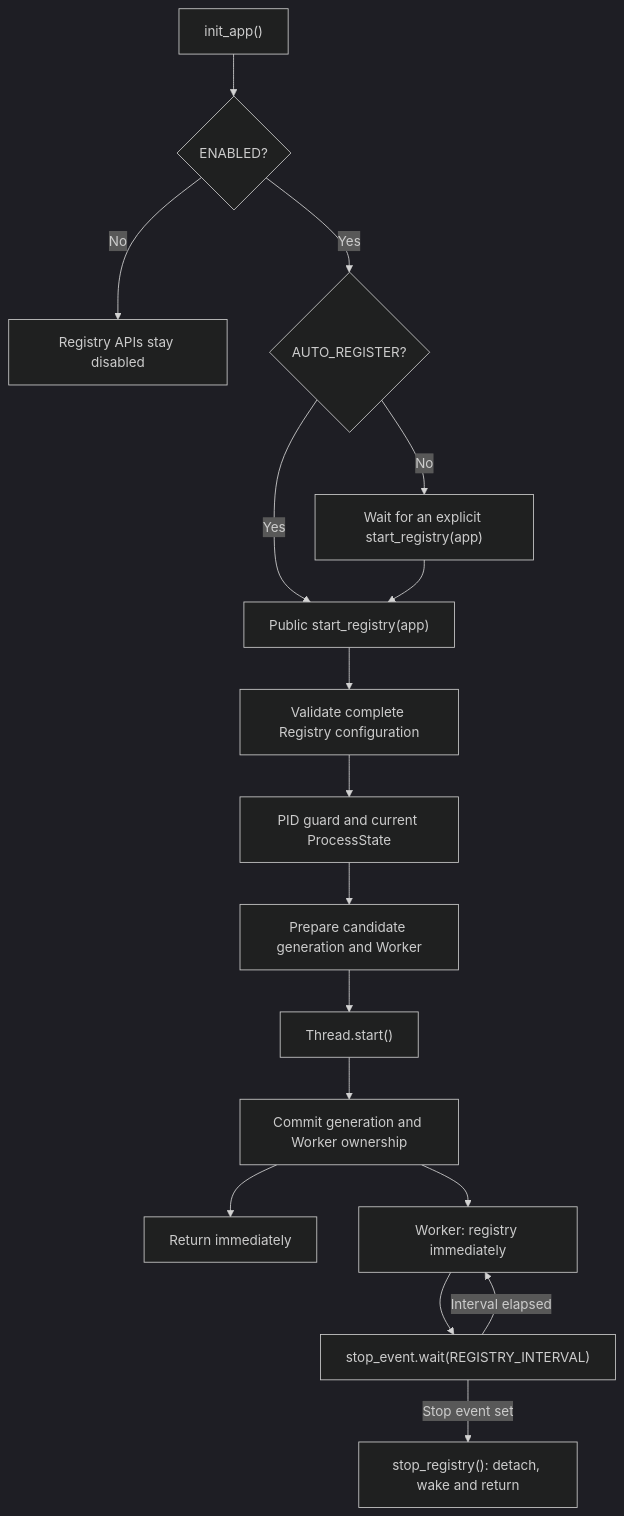
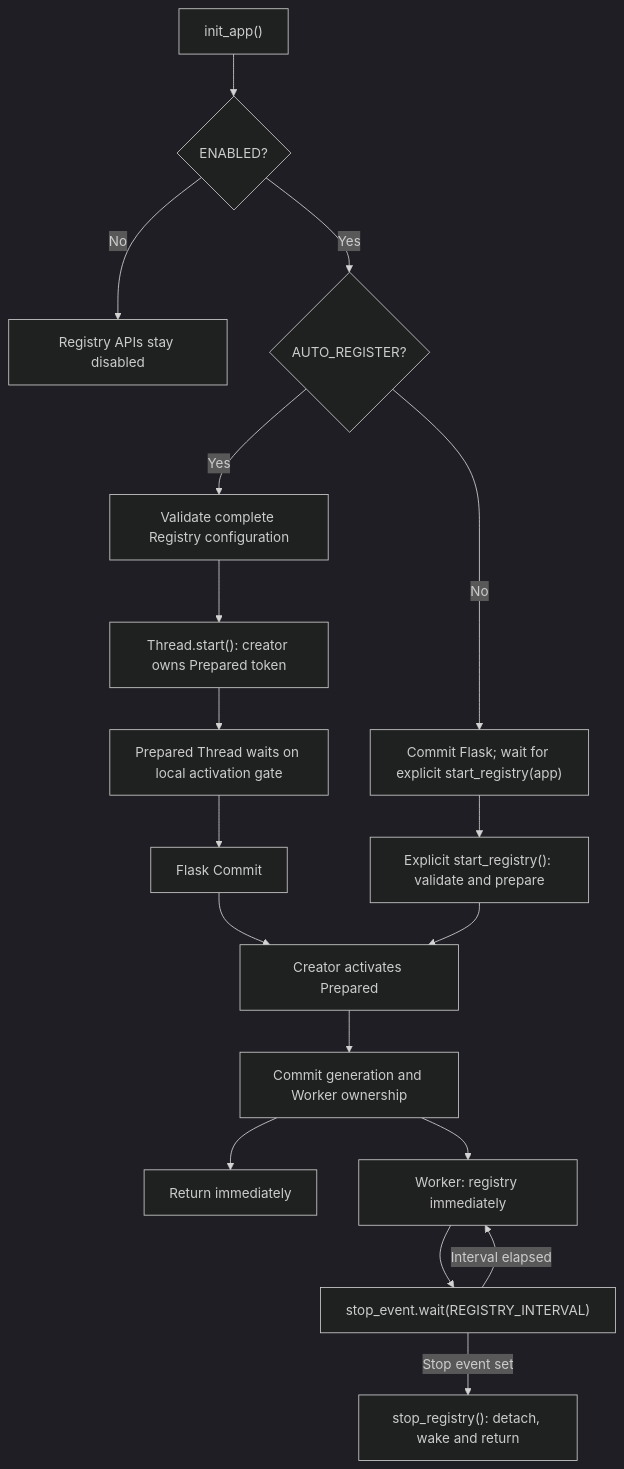
One commit to pumpkin-nbc/Flask-XXLJob changed the second of 4 diagrams in docs/deployment.md. Above: the diagram before and after it, drawn with Mermaid (dark theme). The commit also changed other lines of this file and 14 other files, not shown here.

````diff
--- a/docs/deployment.md
+++ b/docs/deployment.md
@@ -24,19 +29,20 @@
 ```mermaid
 flowchart TD
     A["init_app()"] --> B{"ENABLED?"}
-    B -->|"No"| C["Registry APIs stay disabled"]
-    B -->|"Yes"| D{"AUTO_REGISTER?"}
-    D -->|"Yes"| E["Public start_registry(app)"]
-    D -->|"No"| F["Wait for an explicit start_registry(app)"]
-    F --> E
-    E --> G["Validate complete Registry configuration"]
-    G --> H["PID guard and current ProcessState"]
-    H --> I["Prepare candidate generation and Worker"]
-    I --> J["Thread.start()"]
-    J --> K["Commit generation and Worker ownership"]
+    B -->|"No"| Z["Registry APIs stay disabled"]
+    B -->|"Yes"| C{"AUTO_REGISTER?"}
+    C -->|"No"| J["Commit Flask; wait for explicit start_registry(app)"]
+    C -->|"Yes"| D["Validate complete Registry configuration"]
+    D --> E["Thread.start(): creator owns Prepared token"]
+    E --> F["Prepared Thread waits on local activation gate"]
+    F --> G["Flask Commit"]
+    G --> H["Creator activates Prepared"]
+    J --> I["Explicit start_registry(): validate and prepare"]
+    I --> H
+    H --> K["Commit generation and Worker ownership"]
     K --> L["Return immediately"]
     K --> M["Worker: registry immediately"]
     M --> N["stop_event.wait(REGISTRY_INTERVAL)"]
     N -->|"Interval elapsed"| M
     N -->|"Stop event set"| O["stop_registry(): detach, wake and return"]
 ```
````
